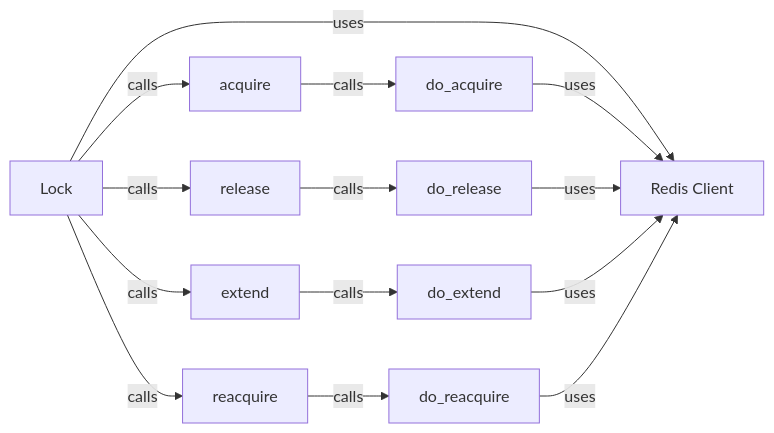
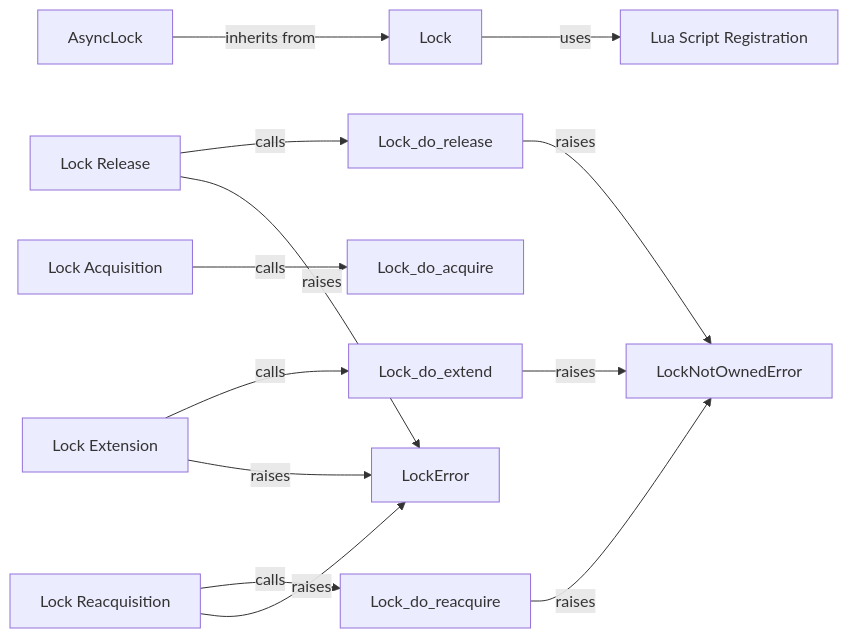
One commit to CodeBoarding/GeneratedOnBoardings changed the diagram in redis-py/Distributed Locking.md. Above: the diagram before and after it, drawn with Mermaid. The commit also changed other lines of this file and 12 other files, not shown here.

````diff
--- a/redis-py/Distributed Locking.md
+++ b/redis-py/Distributed Locking.md
@@ -1,26 +1,24 @@
 ```mermaid
 graph LR
     Lock["Lock"]
-    acquire["acquire"]
-    release["release"]
-    extend["extend"]
-    reacquire["reacquire"]
-    do_acquire["do_acquire"]
-    do_release["do_release"]
-    do_extend["do_extend"]
-    do_reacquire["do_reacquire"]
-    Redis_Client["Redis Client"]
-    Lock -- "uses" --> Redis_Client
-    Lock -- "calls" --> acquire
-    Lock -- "calls" --> release
-    Lock -- "calls" --> extend
-    Lock -- "calls" --> reacquire
-    acquire -- "calls" --> do_acquire
-    release -- "calls" --> do_release
-    extend -- "calls" --> do_extend
-    reacquire -- "calls" --> do_reacquire
-    do_acquire -- "uses" --> Redis_Client
-    do_release -- "uses" --> Redis_Client
-    do_extend -- "uses" --> Redis_Client
-    do_reacquire -- "uses" --> Redis_Client
+    AsyncLock["AsyncLock"]
+    Lock_Acquisition["Lock Acquisition"]
+    Lock_Release["Lock Release"]
+    Lock_Extension["Lock Extension"]
+    Lock_Reacquisition["Lock Reacquisition"]
+    LockError["LockError"]
+    LockNotOwnedError["LockNotOwnedError"]
+    Lua_Script_Registration["Lua Script Registration"]
+    AsyncLock -- "inherits from" --> Lock
+    Lock_Acquisition -- "calls" --> Lock_do_acquire
+    Lock_Release -- "calls" --> Lock_do_release
+    Lock_Extension -- "calls" --> Lock_do_extend
+    Lock_Reacquisition -- "calls" --> Lock_do_reacquire
+    Lock_Release -- "raises" --> LockError
+    Lock_Extension -- "raises" --> LockError
+    Lock_Reacquisition -- "raises" --> LockError
+    Lock_do_release -- "raises" --> LockNotOwnedError
+    Lock_do_extend -- "raises" --> LockNotOwnedError
+    Lock_do_reacquire -- "raises" --> LockNotOwnedError
+    Lock -- "uses" --> Lua_Script_Registration
 ```
````
